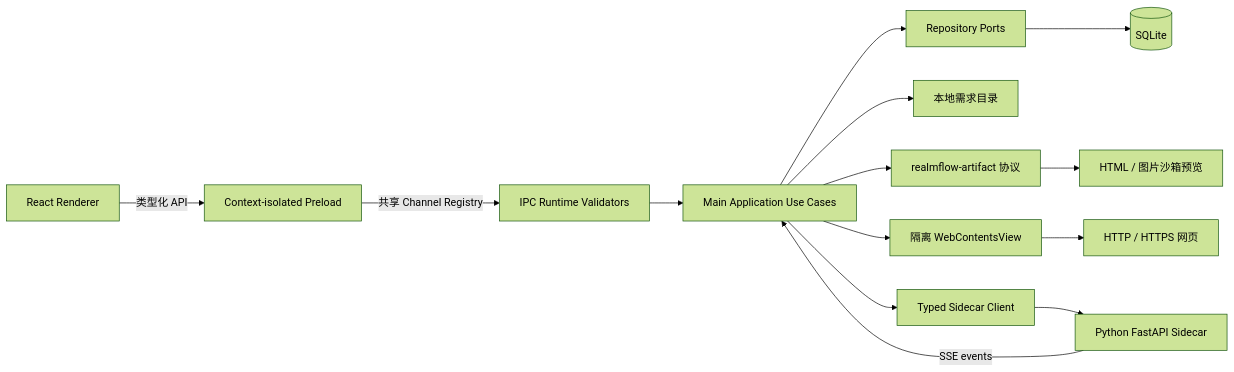
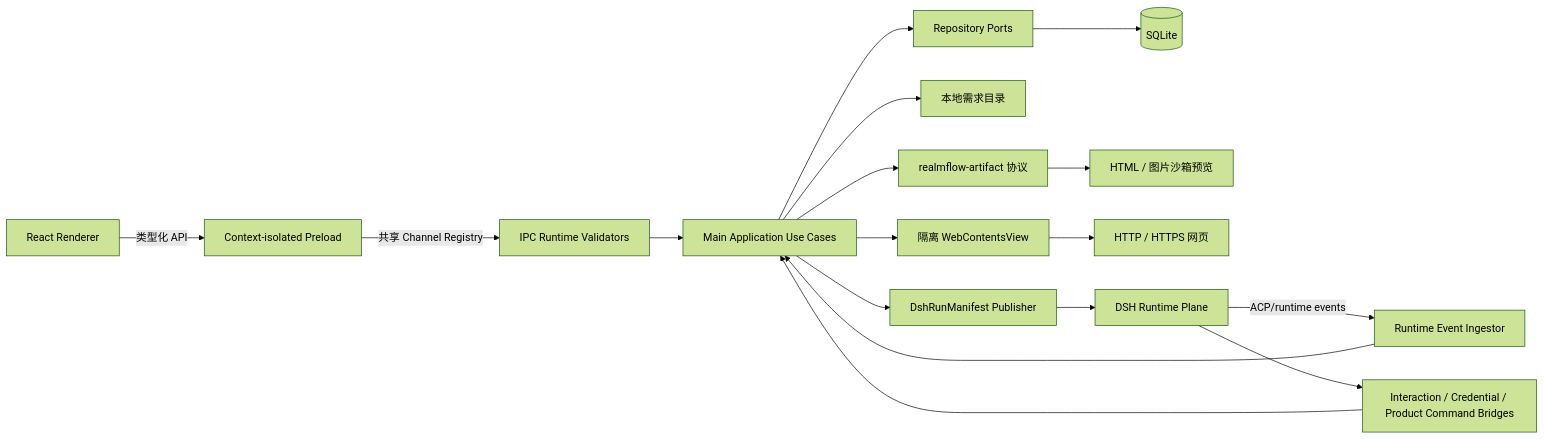
One commit to Qbian61/realmflow changed the diagram in README.md. Above: the diagram before and after it, drawn with Mermaid (forest theme). The commit also changed other lines of this file and 707 other files, not shown here.

````diff
--- a/README.md
+++ b/README.md
@@ -47,16 +48,19 @@
 ```mermaid
 flowchart LR
   UI[React Renderer] -->|类型化 API| Preload[Context-isolated Preload]
   Preload -->|共享 Channel Registry| Validate[IPC Runtime Validators]
   Validate --> UseCase[Main Application Use Cases]
   UseCase --> Ports[Repository Ports]
   Ports --> SQLite[(SQLite)]
   UseCase --> FS[本地需求目录]
   UseCase --> Protocol[realmflow-artifact 协议]
   Protocol --> Preview[HTML / 图片沙箱预览]
   UseCase --> WebView[隔离 WebContentsView]
   WebView --> Web[HTTP / HTTPS 网页]
-  UseCase --> Client[Typed Sidecar Client]
-  Client --> Sidecar[Python FastAPI Sidecar]
-  Sidecar -->|SSE events| UseCase
+  UseCase --> Manifest[DshRunManifest Publisher]
+  Manifest --> DSH[DSH Runtime Plane]
+  DSH -->|ACP/runtime events| RuntimeEvents[Runtime Event Ingestor]
+  RuntimeEvents --> UseCase
+  DSH --> Bridge[Interaction / Credential / Product Command Bridges]
+  Bridge --> UseCase
 ```
````
